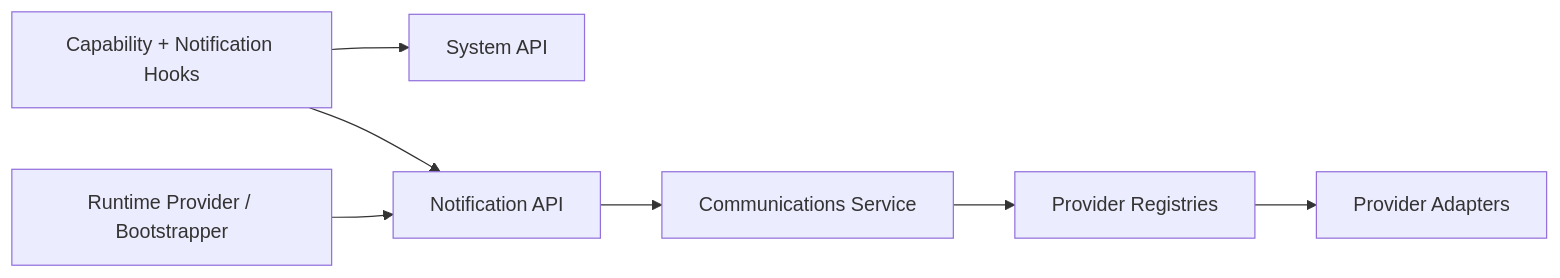
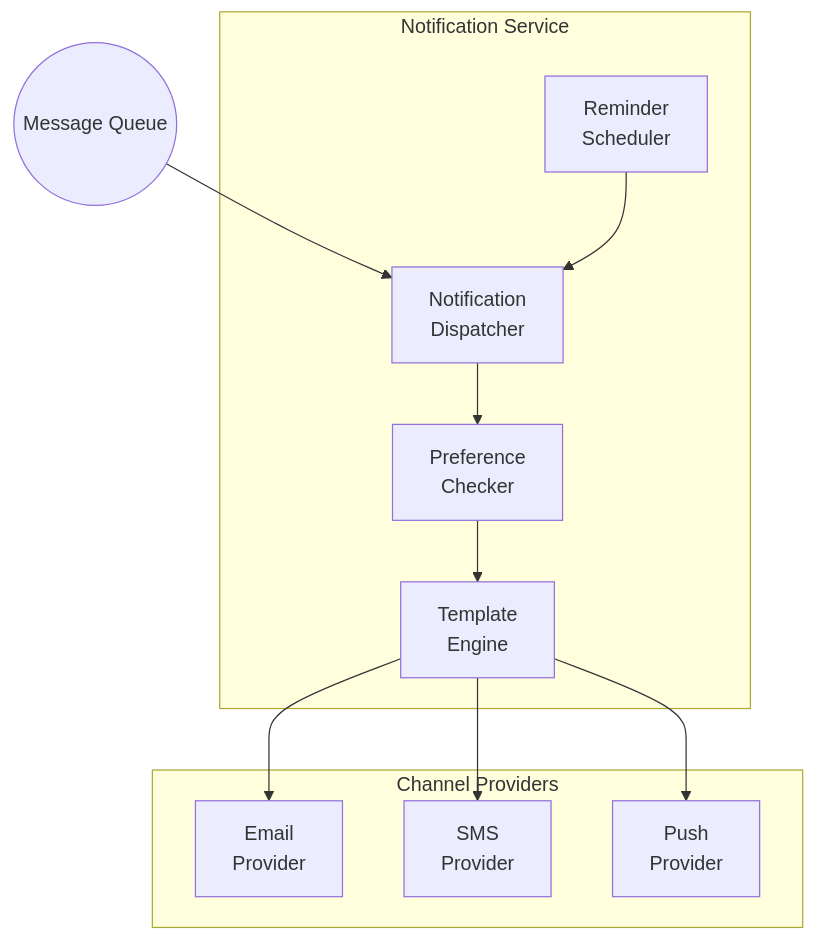
Before and after one commit to 0Ankit0/slot-booking: the fifth of 5 diagrams in docs/detailed-design/component-diagrams.md, drawn with Mermaid. The commit also changed other lines of this file and 36 other files, not shown here.

````diff
--- a/docs/detailed-design/component-diagrams.md
+++ b/docs/detailed-design/component-diagrams.md
@@ -3,17 +176,25 @@
 ```mermaid
-flowchart LR
-  ClientHooks[Capability + Notification Hooks]
-  UIRuntime[Runtime Provider / Bootstrapper]
-  SystemAPI[System API]
-  NotificationAPI[Notification API]
-  Comms[Communications Service]
-  Registries[Provider Registries]
-  Adapters[Provider Adapters]
-
-  ClientHooks --> SystemAPI
-  ClientHooks --> NotificationAPI
-  UIRuntime --> NotificationAPI
-  NotificationAPI --> Comms
-  Comms --> Registries
-  Registries --> Adapters
+graph TB
+    subgraph "Notification Service"
+        DISPATCHER[Notification<br/>Dispatcher]
+        TEMPLATE[Template<br/>Engine]
+        PREFS[Preference<br/>Checker]
+        SCHEDULER[Reminder<br/>Scheduler]
+    end
+    
+    subgraph "Channel Providers"
+        EMAIL[Email<br/>Provider]
+        SMS[SMS<br/>Provider]
+        PUSH[Push<br/>Provider]
+    end
+    
+    QUEUE((Message Queue)) --> DISPATCHER
+    DISPATCHER --> PREFS
+    PREFS --> TEMPLATE
+    
+    TEMPLATE --> EMAIL
+    TEMPLATE --> SMS
+    TEMPLATE --> PUSH
+    
+    SCHEDULER --> DISPATCHER
 ```
````
